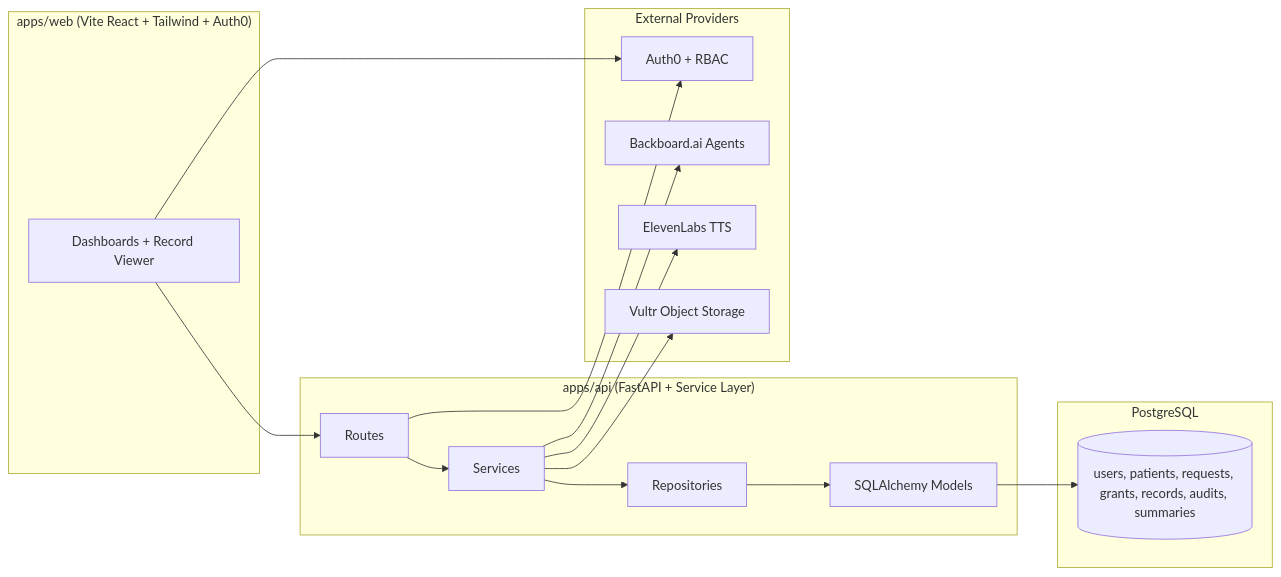
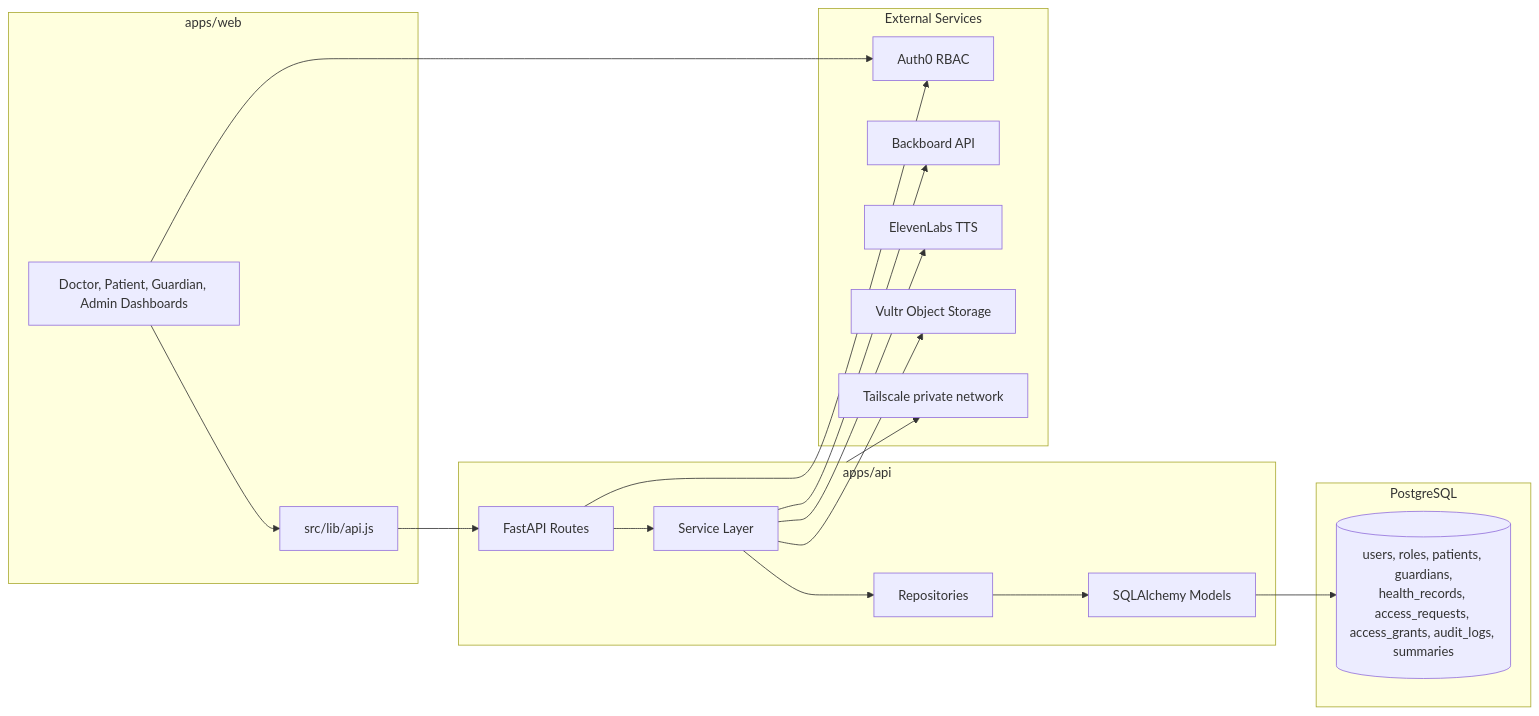
One commit to SawaabA/HealthConnect changed the diagram in README.md. Above: the diagram before and after it, drawn with Mermaid. The commit also changed other lines of this file and 10 other files, not shown here.

````diff
--- a/README.md
+++ b/README.md
@@ -35,32 +138,34 @@
 ```mermaid
 flowchart LR
-  subgraph Frontend["apps/web (Vite React + Tailwind + Auth0)"]
-    UI[Dashboards + Record Viewer]
+  subgraph Web[apps/web]
+    UX[Doctor, Patient, Guardian, Admin Dashboards]
+    APIClient[src/lib/api.js]
   end
 
-  subgraph Backend["apps/api (FastAPI + Service Layer)"]
-    Routes[Routes]
-    Services[Services]
+  subgraph API[apps/api]
+    Routes[FastAPI Routes]
+    Services[Service Layer]
     Repos[Repositories]
     Models[SQLAlchemy Models]
   end
 
-  subgraph Data["PostgreSQL"]
-    DB[(users, patients, requests, grants, records, audits, summaries)]
+  subgraph DB[PostgreSQL]
+    Tables[(users, roles, patients, guardians,\nhealth_records, access_requests, access_grants, audit_logs, summaries)]
   end
 
-  subgraph Providers["External Providers"]
-    Auth0[Auth0 + RBAC]
-    Backboard[Backboard.ai Agents]
+  subgraph External[External Services]
+    Auth0[Auth0 RBAC]
+    Backboard[Backboard API]
     ElevenLabs[ElevenLabs TTS]
     VultrObj[Vultr Object Storage]
+    Tail[Tailscale private network]
   end
 
-  UI --> Routes
-  Routes --> Services --> Repos --> Models --> DB
+  UX --> APIClient --> Routes --> Services --> Repos --> Models --> Tables
   Services --> Backboard
   Services --> ElevenLabs
   Services --> VultrObj
-  UI --> Auth0
+  UX --> Auth0
   Routes --> Auth0
+  API --> Tail
 ```
````
